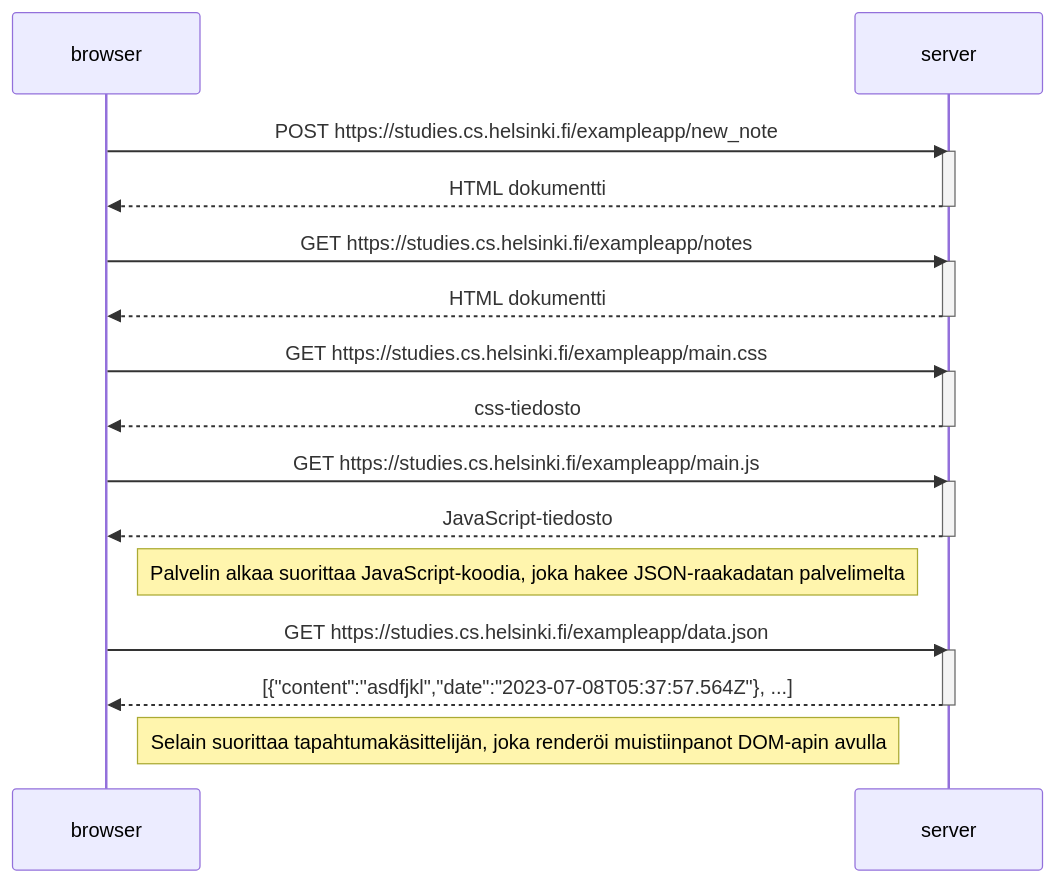
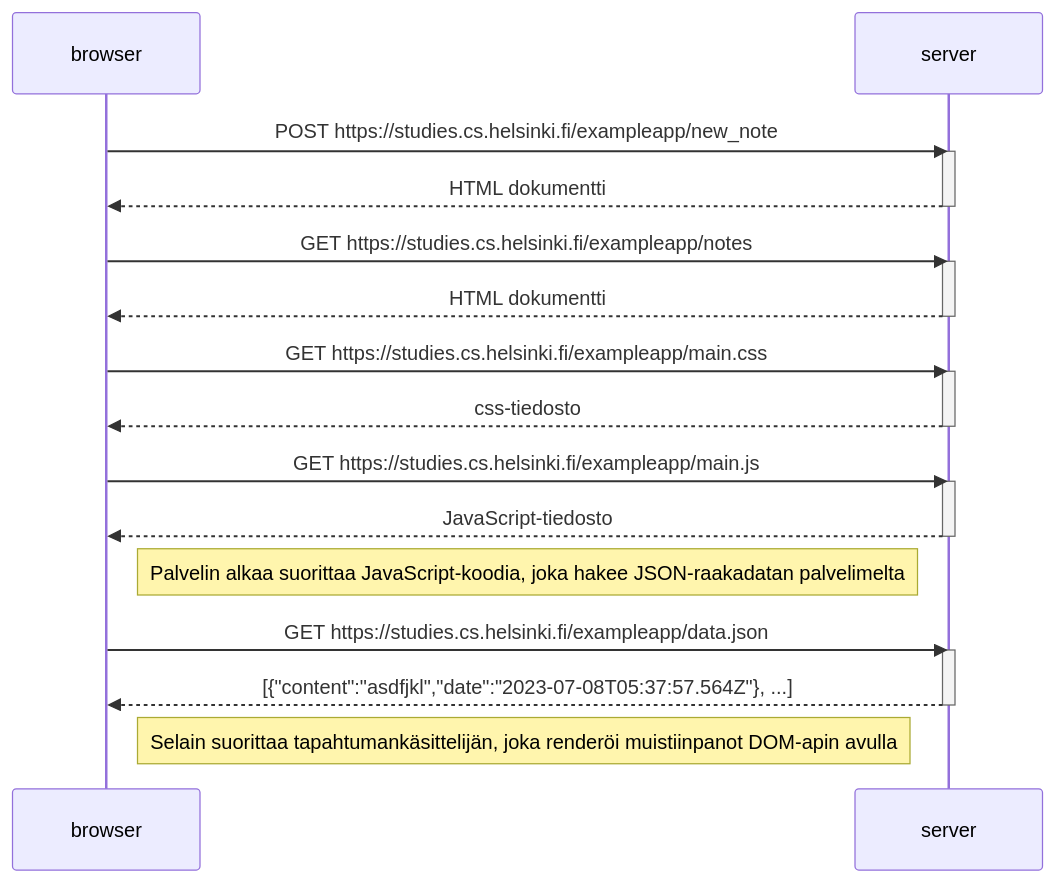
One commit to z0nsk1/FullStackOpen23 changed the diagram in osa0/0.4_sekvenssikaavio.md. Above: the diagram before and after it, drawn with Mermaid.

````diff
--- a/osa0/0.4_sekvenssikaavio.md
+++ b/osa0/0.4_sekvenssikaavio.md
@@ -1,35 +1,35 @@
 ```mermaid
 sequenceDiagram
   participant browser
   participant server
 
   browser->>server: POST https://studies.cs.helsinki.fi/exampleapp/new_note
   activate server
   server-->>browser: HTML dokumentti
   deactivate server
 
   browser->>server: GET https://studies.cs.helsinki.fi/exampleapp/notes
   activate server
   server-->>browser: HTML dokumentti
   deactivate server
     
   browser->>server: GET https://studies.cs.helsinki.fi/exampleapp/main.css
   activate server
   server-->>browser: css-tiedosto
   deactivate server
     
   browser->>server: GET https://studies.cs.helsinki.fi/exampleapp/main.js
   activate server
   server-->>browser: JavaScript-tiedosto
   deactivate server
 
   Note right of browser: Palvelin alkaa suorittaa JavaScript-koodia, joka hakee JSON-raakadatan palvelimelta
     
   browser->>server: GET https://studies.cs.helsinki.fi/exampleapp/data.json
   activate server
   server-->>browser: [{"content":"asdfjkl","date":"2023-07-08T05:37:57.564Z"}, ...]
   deactivate server    
 
-  Note right of browser: Selain suorittaa tapahtumakäsittelijän, joka renderöi muistiinpanot DOM-apin avulla
+  Note right of browser: Selain suorittaa tapahtumankäsittelijän, joka renderöi muistiinpanot DOM-apin avulla
 
 ```
````
